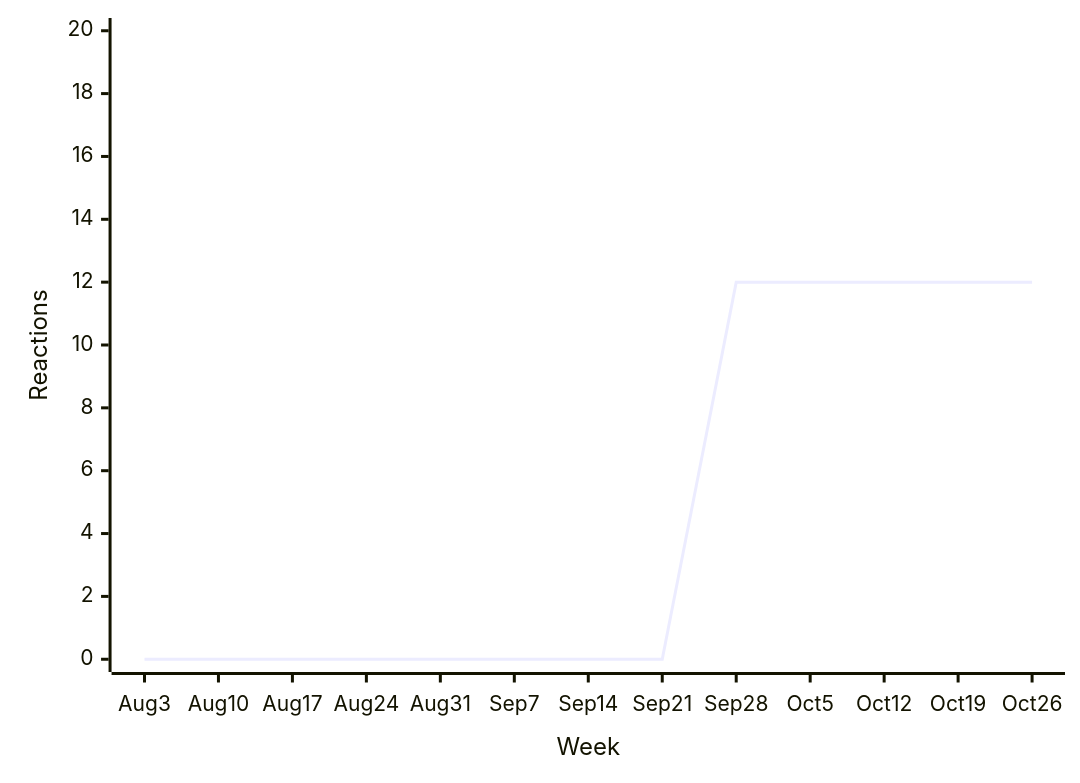
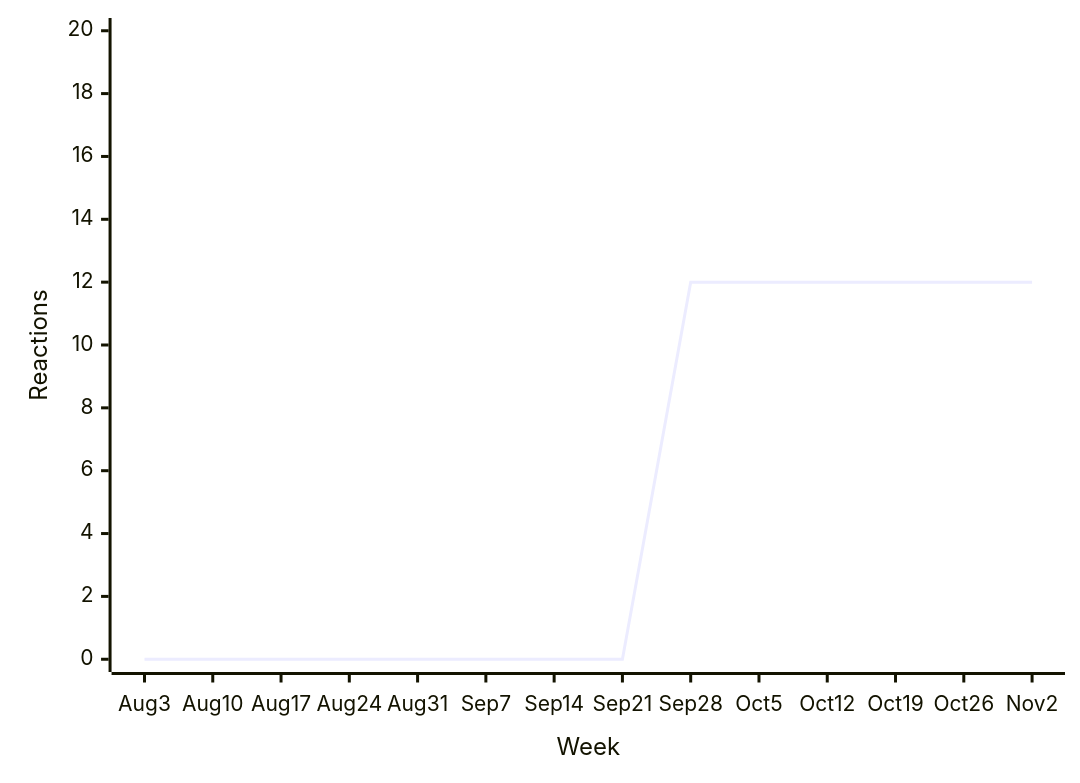
One commit to loic-sharma/github-insights changed diagram 15 of 38 in README.md. Above: the diagram before and after it, drawn with Mermaid. The commit also changed other lines of this file and 3 other files, not shown here.

````diff
--- a/README.md
+++ b/README.md
@@ -562,6 +562,6 @@
   ```mermaid
   xychart-beta
-    x-axis "Week" [Aug 3, Aug 10, Aug 17, Aug 24, Aug 31, Sep 7, Sep 14, Sep 21, Sep 28, Oct 5, Oct 12, Oct 19, Oct 26]
+    x-axis "Week" [Aug 3, Aug 10, Aug 17, Aug 24, Aug 31, Sep 7, Sep 14, Sep 21, Sep 28, Oct 5, Oct 12, Oct 19, Oct 26, Nov 2]
     y-axis "Reactions" 0 --> 20
-    line [0, 0, 0, 0, 0, 0, 0, 0, 12, 12, 12, 12, 12]
+    line [0, 0, 0, 0, 0, 0, 0, 0, 12, 12, 12, 12, 12, 12]
   ```
````
